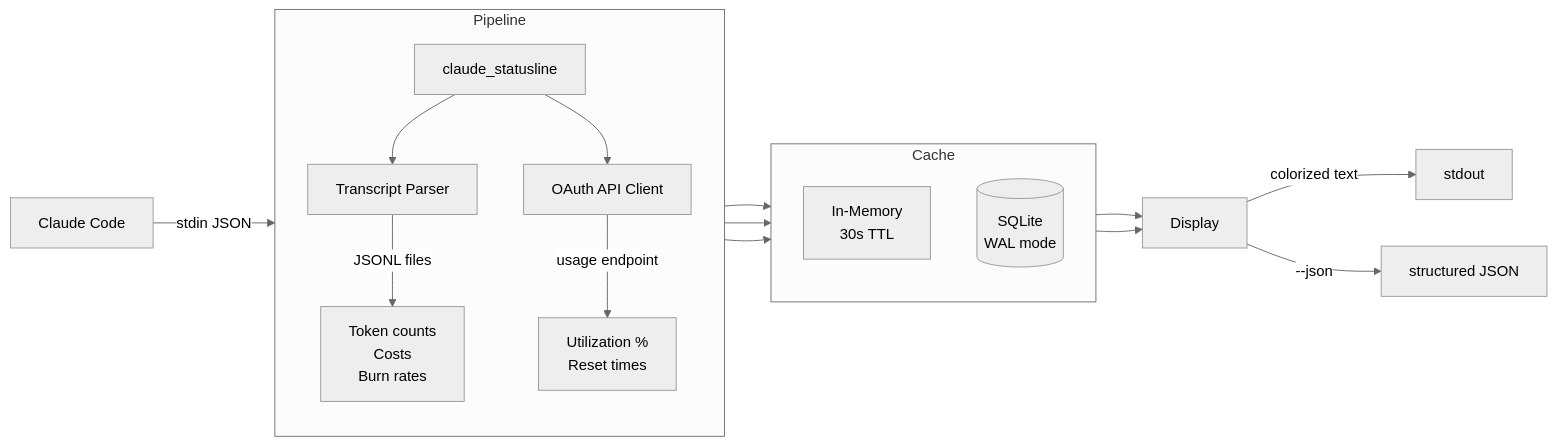
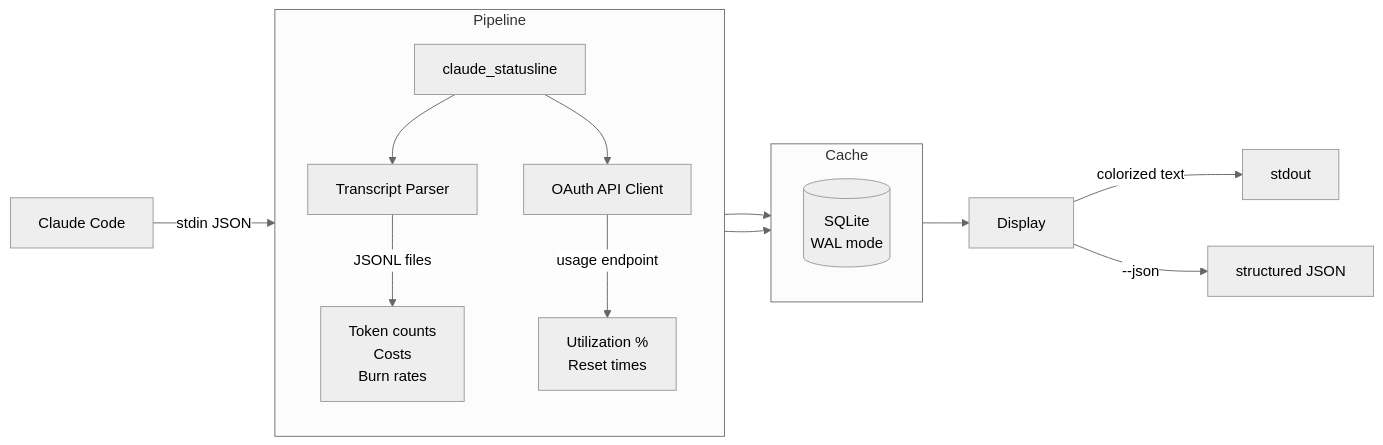
One commit to camjac251/rust-statusline changed the diagram in README.md. Above: the diagram before and after it, drawn with Mermaid (neutral theme). The commit also changed other lines of this file and 4 other files, not shown here.

````diff
--- a/README.md
+++ b/README.md
@@ -110,24 +110,22 @@
 ```mermaid
 flowchart LR
     CC[Claude Code] -->|stdin JSON| SL[claude_statusline]
 
     subgraph Pipeline
         direction TB
         SL --> TP[Transcript Parser]
         SL --> OA[OAuth API Client]
         TP -->|JSONL files| METRICS[Token counts\nCosts\nBurn rates]
         OA -->|usage endpoint| UTIL[Utilization %\nReset times]
     end
 
     subgraph Cache
         direction TB
-        METRICS --> MEM[In-Memory\n30s TTL]
         METRICS --> DB[(SQLite\nWAL mode)]
         UTIL --> DB
     end
 
     DB --> OUT[Display]
-    MEM --> OUT
     OUT -->|colorized text| STDOUT[stdout]
     OUT -->|--json| JSON[structured JSON]
 ```
````
